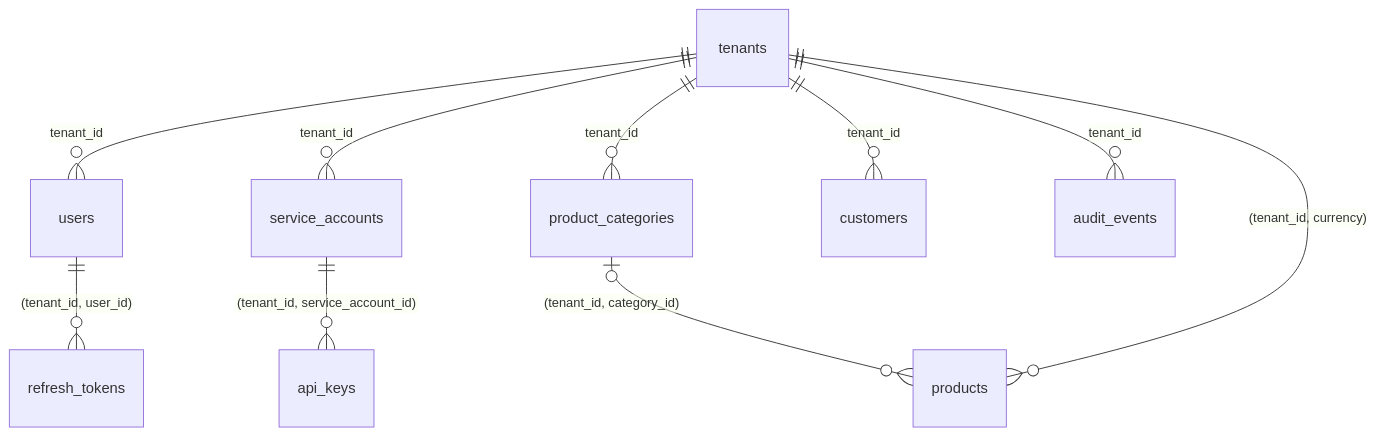
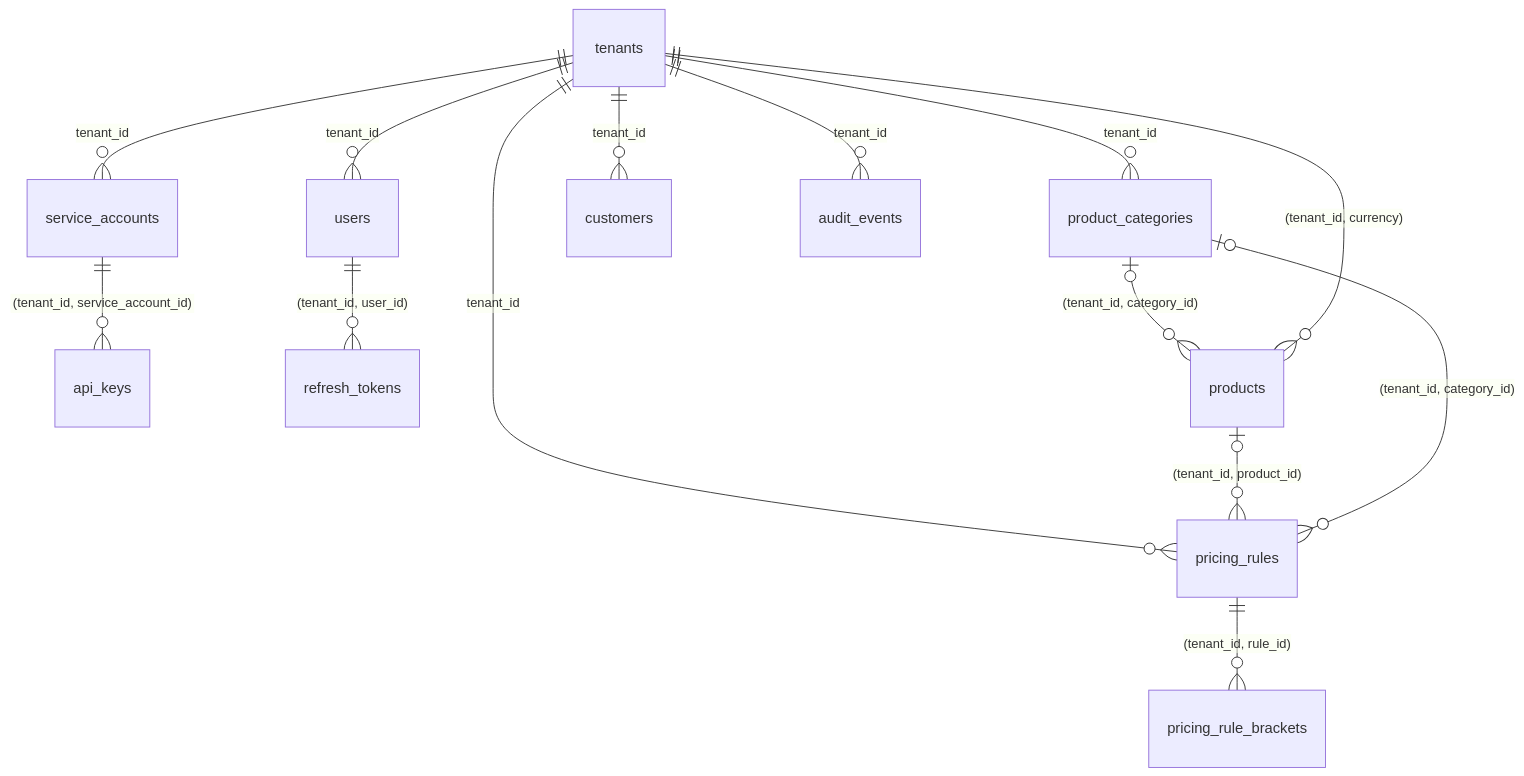
The fourth of 5 diagrams in docs/architecture.md (odvprogra/pricewright-api), drawn with Mermaid before and after one commit. The commit also changed other lines of this file and 7 other files, not shown here.

Commit message:
feat: store pricing rules with their volume brackets (#44)

````diff
--- a/docs/architecture.md
+++ b/docs/architecture.md
@@ -64,12 +65,16 @@
 ```mermaid
 erDiagram
     tenants ||--o{ users : "tenant_id"
     tenants ||--o{ service_accounts : "tenant_id"
     service_accounts ||--o{ api_keys : "(tenant_id, service_account_id)"
     users ||--o{ refresh_tokens : "(tenant_id, user_id)"
     tenants ||--o{ product_categories : "tenant_id"
     product_categories |o--o{ products : "(tenant_id, category_id)"
     tenants ||--o{ products : "(tenant_id, currency)"
     tenants ||--o{ customers : "tenant_id"
+    tenants ||--o{ pricing_rules : "tenant_id"
+    products |o--o{ pricing_rules : "(tenant_id, product_id)"
+    product_categories |o--o{ pricing_rules : "(tenant_id, category_id)"
+    pricing_rules ||--o{ pricing_rule_brackets : "(tenant_id, rule_id)"
     tenants ||--o{ audit_events : "tenant_id"
 ```
````
